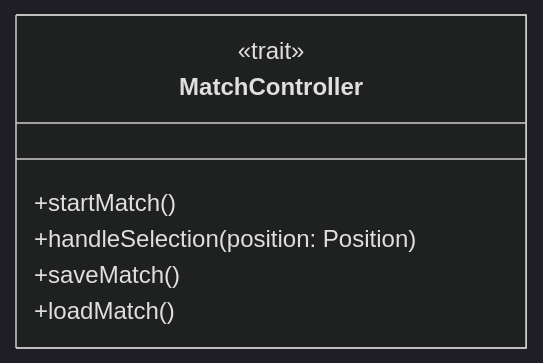
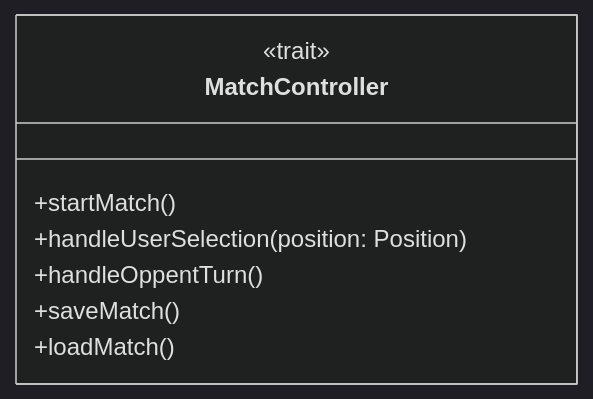
One commit to Borgotto/PPS-25-scalatello changed the tenth of 11 diagrams in docs/report/5-detailed-design.md. Above: the diagram before and after it, drawn with Mermaid (dark theme). The commit also changed 1 other file, not shown here.

Commit message:
Refactor: MatchController design
- change handleSelection() to handleUserSelection()
- add handleOpponentTurn()

````diff
--- a/docs/report/5-detailed-design.md
+++ b/docs/report/5-detailed-design.md
@@ -244,10 +244,11 @@
 ```mermaid
 classDiagram
   class MatchController {
     <<trait>>
     +startMatch()
-    +handleSelection(position: Position)
+    +handleUserSelection(position: Position)
+    +handleOppentTurn()
     +saveMatch()
     +loadMatch()
   }
 ```
````
